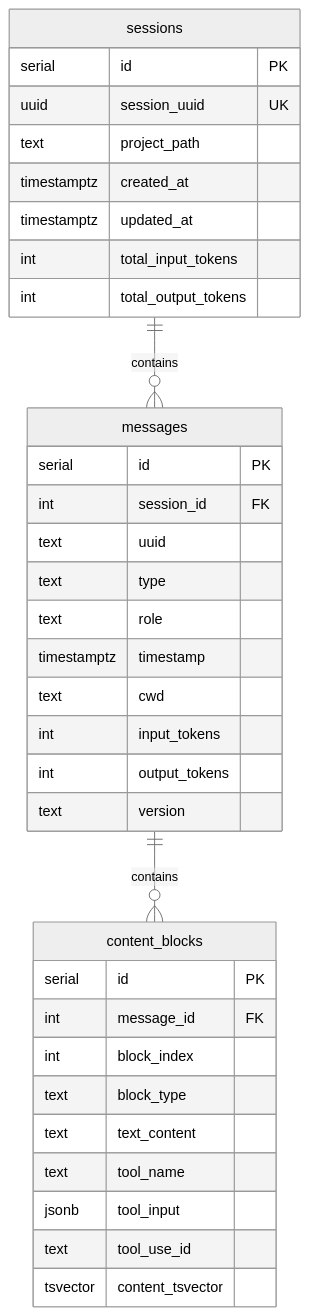
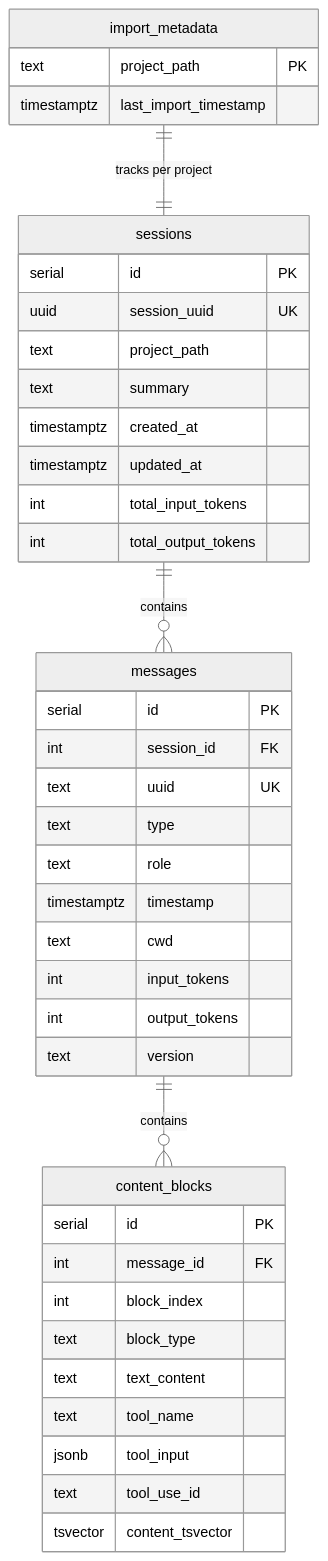
One commit to romilly/claude-code-log-tools changed the diagram in docs/DESIGN.md. Above: the diagram before and after it, drawn with Mermaid (neutral theme). The commit also changed other lines of this file, not shown here.

Commit message:
Update design doc with import_metadata table and idempotent imports

````diff
--- a/docs/DESIGN.md
+++ b/docs/DESIGN.md
@@ -9,40 +9,47 @@
 ```mermaid
 erDiagram
     sessions ||--o{ messages : contains
     messages ||--o{ content_blocks : contains
+    import_metadata ||--|| sessions : "tracks per project"
 
     sessions {
         serial id PK
         uuid session_uuid UK
         text project_path
+        text summary
         timestamptz created_at
         timestamptz updated_at
         int total_input_tokens
         int total_output_tokens
     }
 
     messages {
         serial id PK
         int session_id FK
-        text uuid
+        text uuid UK
         text type
         text role
         timestamptz timestamp
         text cwd
         int input_tokens
         int output_tokens
         text version
     }
 
     content_blocks {
         serial id PK
         int message_id FK
         int block_index
         text block_type
         text text_content
         text tool_name
         jsonb tool_input
         text tool_use_id
         tsvector content_tsvector
     }
+
+    import_metadata {
+        text project_path PK
+        timestamptz last_import_timestamp
+    }
 ```
````
